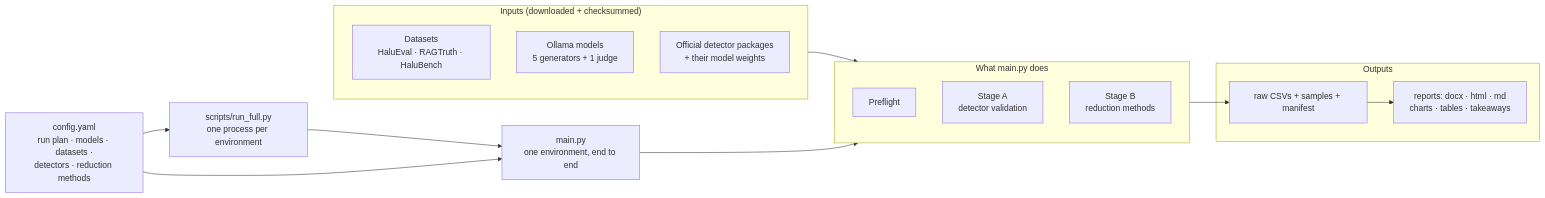
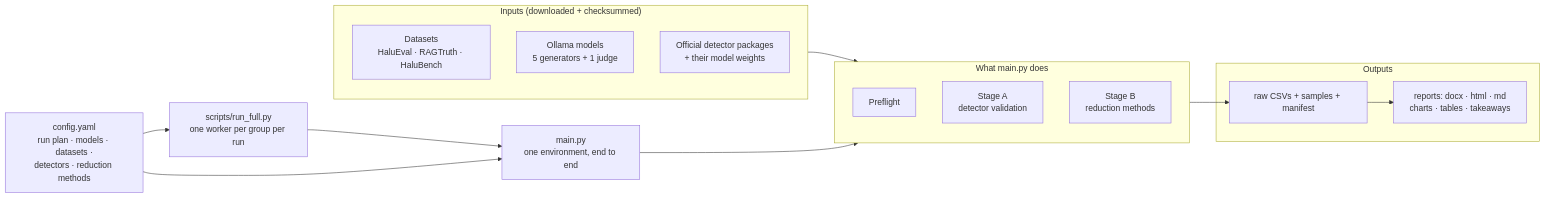
Before and after one commit to DharambirAgrawal/LLM-hallucination-Research: the first of 5 diagrams in docs/ARCHITECTURE.md, drawn with Mermaid. The commit also changed other lines of this file and 13 other files, not shown here.

````diff
--- a/docs/ARCHITECTURE.md
+++ b/docs/ARCHITECTURE.md
@@ -9,29 +9,29 @@
 ```mermaid
 flowchart LR
     cfg["config.yaml<br/>run plan · models · datasets ·<br/>detectors · reduction methods"]
-    rf["scripts/run_full.py<br/>one process per environment"]
+    rf["scripts/run_full.py<br/>one worker per group per run"]
     main["main.py<br/>one environment, end to end"]
     cfg --> rf --> main
     cfg --> main
 
     subgraph IN["Inputs (downloaded + checksummed)"]
         data["Datasets<br/>HaluEval · RAGTruth · HaluBench"]
         llm["Ollama models<br/>5 generators + 1 judge"]
         pkgs["Official detector packages<br/>+ their model weights"]
     end
 
     subgraph RUN["What main.py does"]
         pre["Preflight"]
         sa["Stage A<br/>detector validation"]
         sb["Stage B<br/>reduction methods"]
     end
 
     subgraph OUT["Outputs"]
         csv["raw CSVs + samples + manifest"]
         rep["reports: docx · html · md<br/>charts · tables · takeaways"]
     end
 
     IN --> RUN
     main --> RUN
     RUN --> csv --> rep
 ```
````
